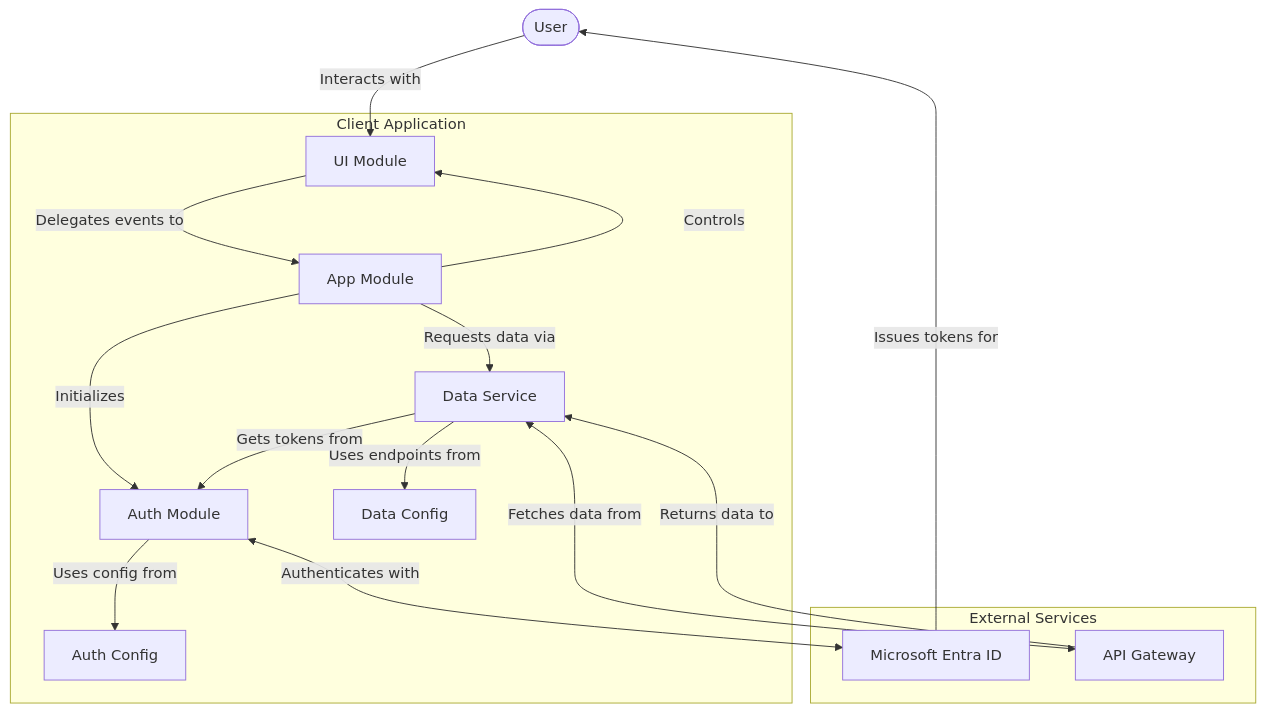
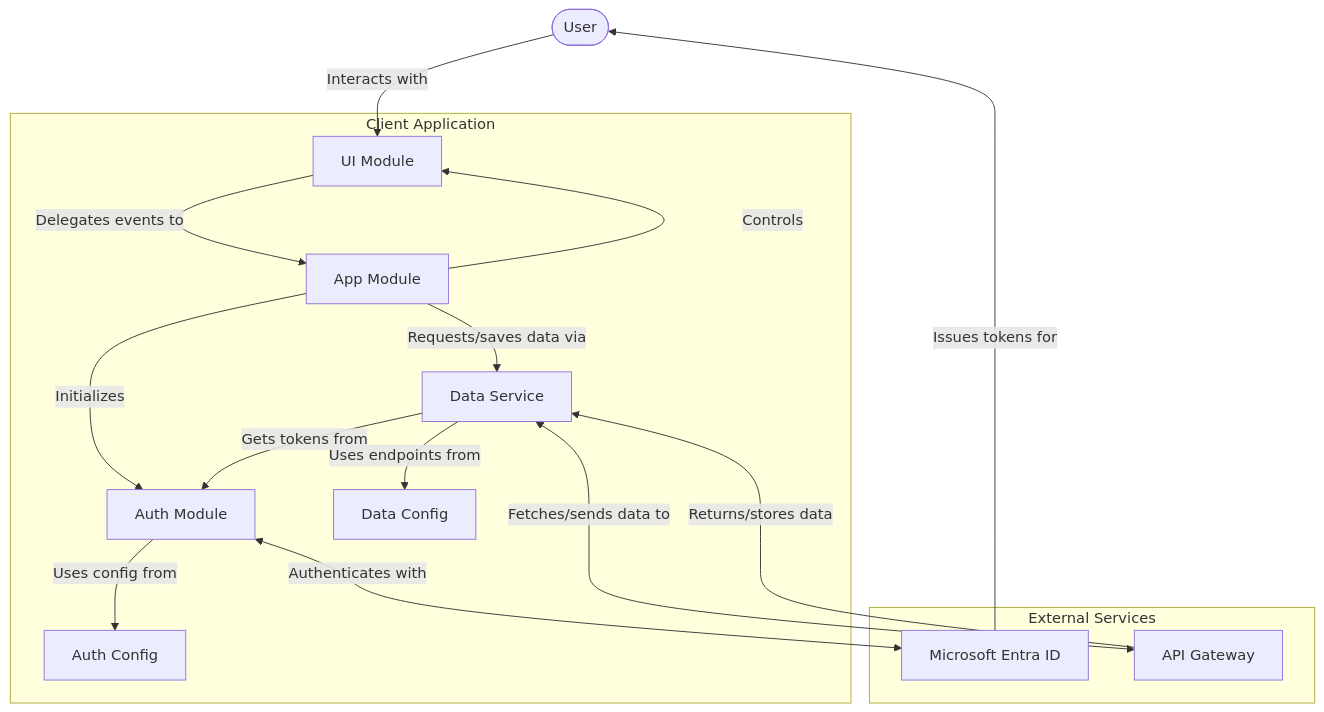
One commit to lucasjellema/simple-authenticated-webapp changed the first of 3 diagrams in architecture.md. Above: the diagram before and after it, drawn with Mermaid. The commit also changed other lines of this file and 5 other files, not shown here.

````diff
--- a/architecture.md
+++ b/architecture.md
@@ -90,33 +105,33 @@
 ```mermaid
 graph TD
     User([User]) -->|Interacts with| UI[UI Module]
     UI -->|Delegates events to| App[App Module]
     
     App -->|Initializes| Auth[Auth Module]
     App -->|Controls| UI
-    App -->|Requests data via| DataService[Data Service]
+    App -->|Requests/saves data via| DataService[Data Service]
     
     Auth -->|Uses config from| AuthConfig[Auth Config]
     Auth <-->|Authenticates with| EntraID[Microsoft Entra ID]
     
     DataService -->|Uses endpoints from| DataConfig[Data Config]
     DataService -->|Gets tokens from| Auth
-    DataService <-->|Fetches data from| APIGateway[API Gateway]
+    DataService <-->|Fetches/sends data to| APIGateway[API Gateway]
     
     subgraph "Client Application"
         UI
         App
         Auth
         DataService
         AuthConfig
         DataConfig
     end
     
     subgraph "External Services"
         EntraID
         APIGateway
     end
     
     EntraID -->|Issues tokens for| User
-    APIGateway -->|Returns data to| DataService
+    APIGateway -->|Returns/stores data| DataService
 ```
````
